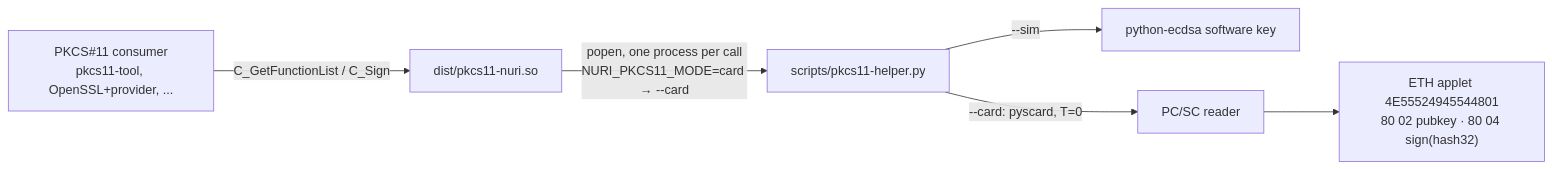
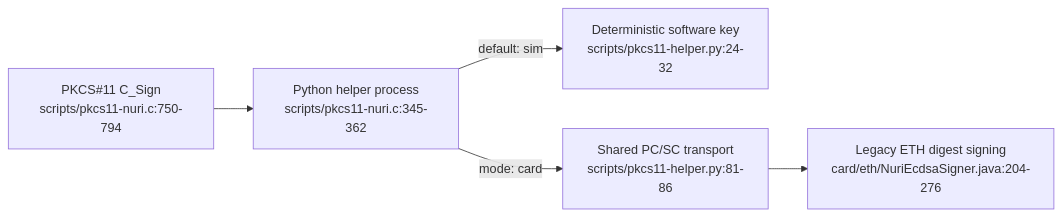
One commit to nuri-com/nuri-passkey-prf-smartcard changed the diagram in docs/hsm.md. Above: the diagram before and after it, drawn with Mermaid. The commit also changed other lines of this file and 55 other files, not shown here.

````diff
--- a/docs/hsm.md
+++ b/docs/hsm.md
@@ -9,7 +3,7 @@
 ```mermaid
 flowchart LR
-  APP[PKCS#11 consumer<br/>pkcs11-tool, OpenSSL+provider, ...] -->|C_GetFunctionList / C_Sign| SO[dist/pkcs11-nuri.so]
-  SO -->|popen, one process per call<br/>NURI_PKCS11_MODE=card → --card| PY[scripts/pkcs11-helper.py]
-  PY -->|"--sim"| SIM[python-ecdsa software key]
-  PY -->|"--card: pyscard, T=0"| PCSC[PC/SC reader] --> ETH["ETH applet 4E55524945544801<br/>80 02 pubkey · 80 04 sign(hash32)"]
+  C["PKCS#11 C_Sign<br/>scripts/pkcs11-nuri.c:750-794"] --> H["Python helper process<br/>scripts/pkcs11-nuri.c:345-362"]
+  H -->|default: sim| S["Deterministic software key<br/>scripts/pkcs11-helper.py:24-32"]
+  H -->|mode: card| P["Shared PC/SC transport<br/>scripts/pkcs11-helper.py:81-86"]
+  P --> E["Legacy ETH digest signing<br/>card/eth/NuriEcdsaSigner.java:204-276"]
 ```
````
